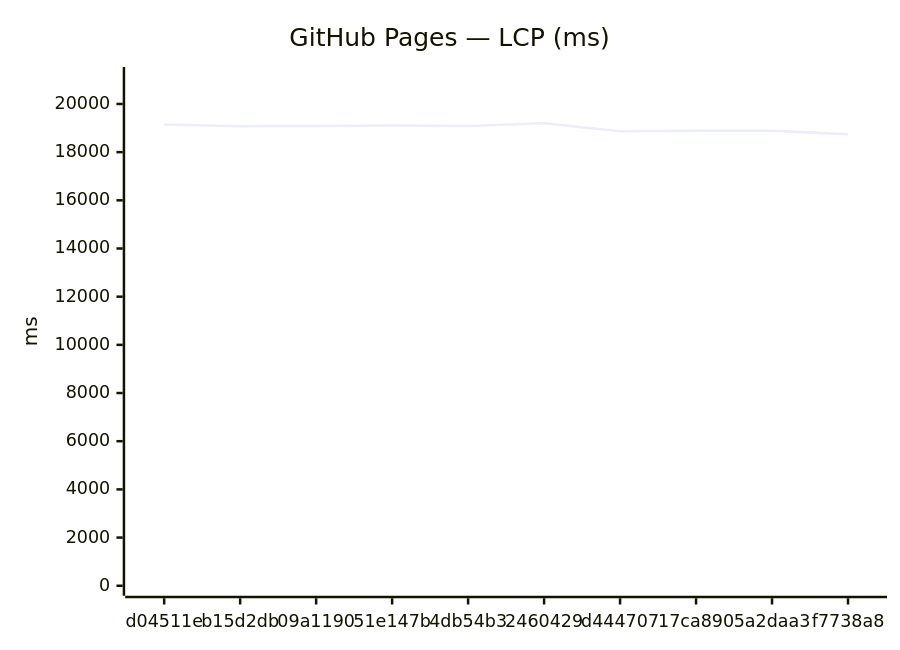
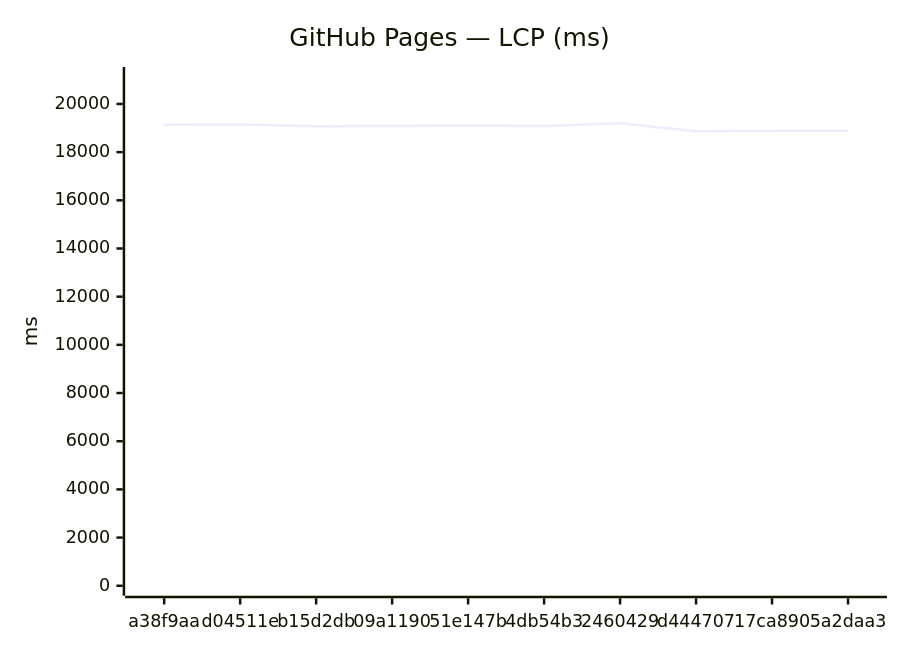
Before and after one commit to Metaheurist/Rianell: the third of 18 diagrams in benchmarks/compare.md, drawn with Mermaid. The commit also changed other lines of this file and 11 other files, not shown here.

````diff
--- a/benchmarks/compare.md
+++ b/benchmarks/compare.md
@@ -54,7 +54,7 @@
 ```mermaid
 xychart-beta
     title "GitHub Pages — LCP (ms)"
-    x-axis ["d04511e", "b15d2db", "09a1190", "51e147b", "4db54b3", "2460429", "d444707", "17ca890", "5a2daa3", "f7738a8"]
+    x-axis ["a38f9aa", "d04511e", "b15d2db", "09a1190", "51e147b", "4db54b3", "2460429", "d444707", "17ca890", "5a2daa3"]
     y-axis "ms" 0 --> 21119
-    line [19145, 19077, 19086, 19101, 19086, 19199, 18871, 18888, 18892, 18741]
+    line [19133, 19145, 19077, 19086, 19101, 19086, 19199, 18871, 18888, 18892]
 ```
````
